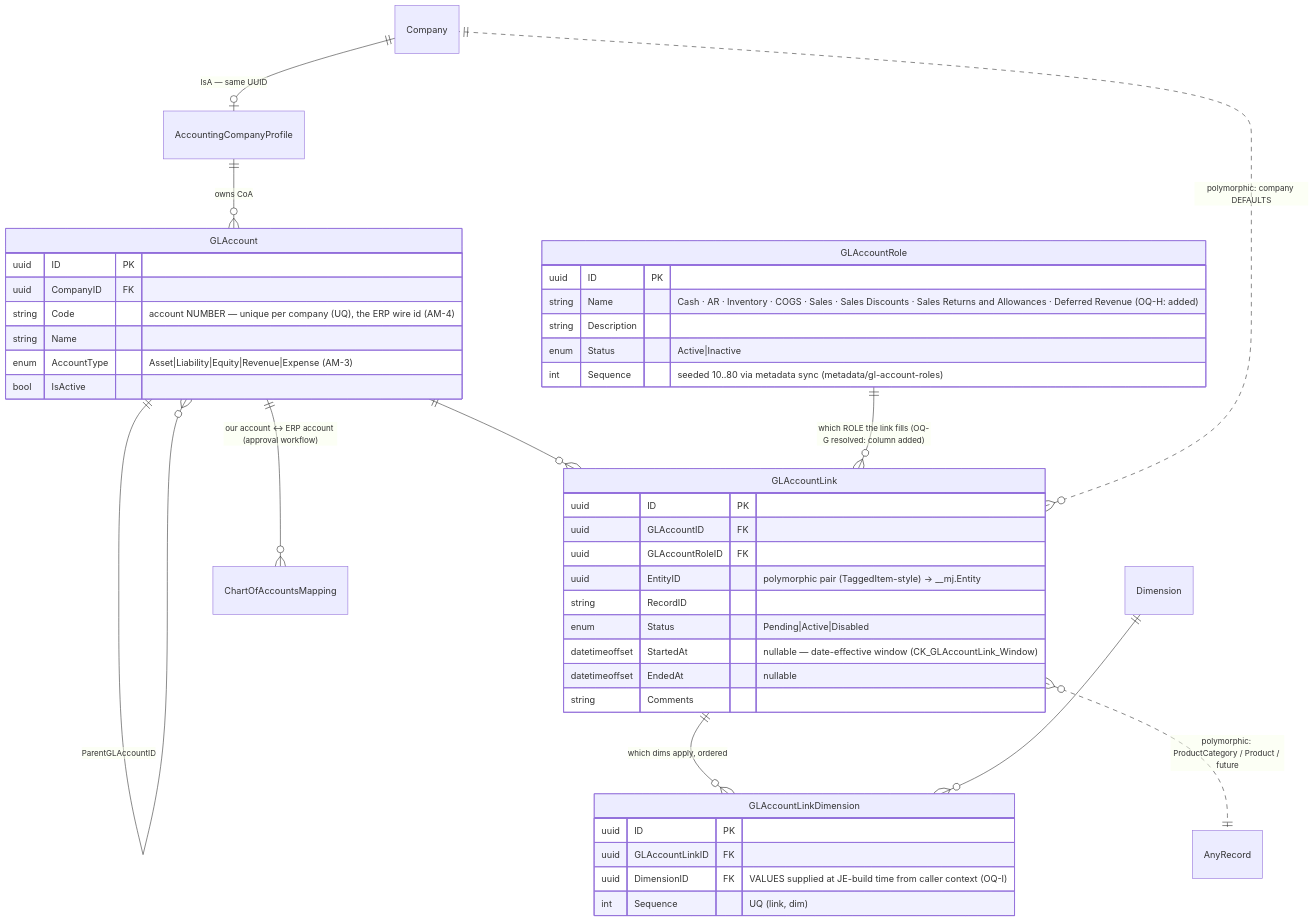
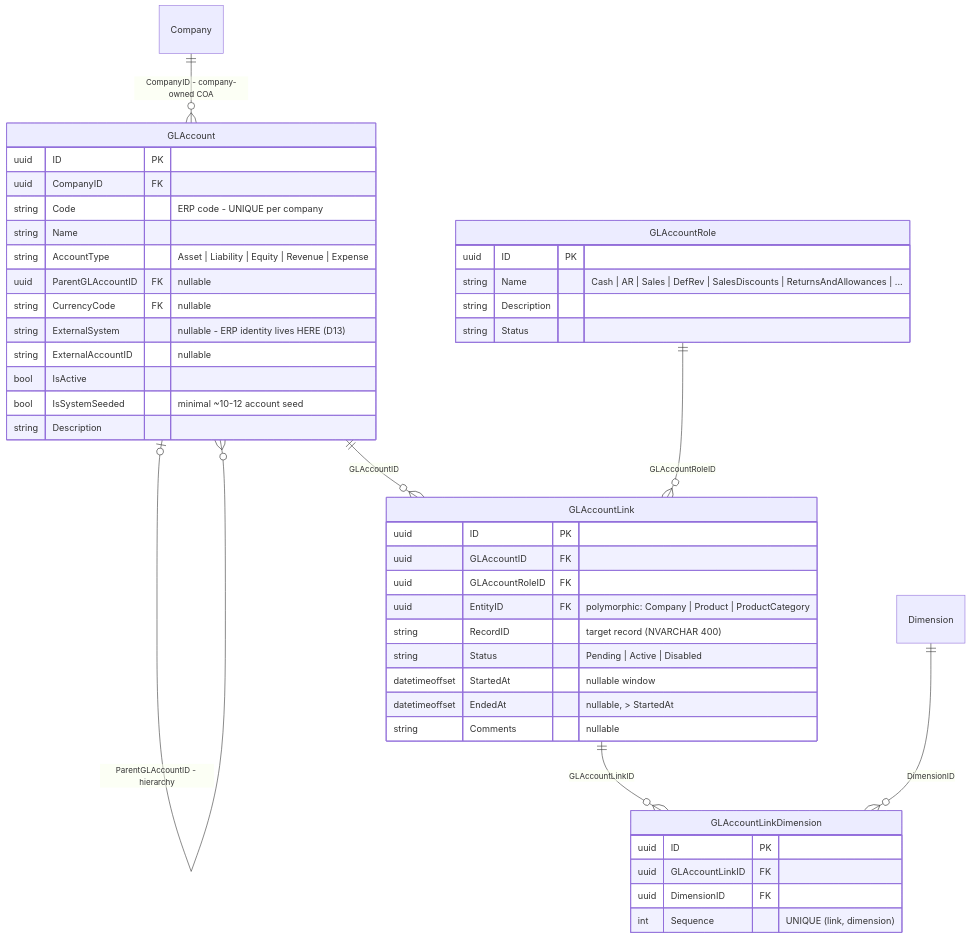
One commit to MemberJunction/bizapps-accounting changed the fourth of 11 diagrams in docs/bizapps-accounting-erd.md. Above: the diagram before and after it, drawn with Mermaid. The commit also changed other lines of this file and 79 other files, not shown here.

````diff
--- a/docs/bizapps-accounting-erd.md
+++ b/docs/bizapps-accounting-erd.md
@@ -21,38 +473,47 @@
 ```mermaid
 erDiagram
-    Company ||--o| AccountingCompanyProfile : "IsA — same UUID"
-    AccountingCompanyProfile ||--o{ GLAccount : "owns CoA"
-    GLAccount ||--o{ GLAccount : "ParentGLAccountID"
-    GLAccount ||--o{ GLAccountLink : ""
-    GLAccountRole ||--o{ GLAccountLink : "which ROLE the link fills (OQ-G resolved: column added)"
-    GLAccountLink ||--o{ GLAccountLinkDimension : "which dims apply, ordered"
-    Dimension ||--o{ GLAccountLinkDimension : ""
-    GLAccountLink }o..|| Company : "polymorphic: company DEFAULTS"
-    GLAccountLink }o..|| AnyRecord : "polymorphic: ProductCategory / Product / future"
-    GLAccount ||--o{ ChartOfAccountsMapping : "our account ↔ ERP account (approval workflow)"
+    Company ||--o{ GLAccount : "CompanyID - company-owned COA"
+    GLAccount |o--o{ GLAccount : "ParentGLAccountID - hierarchy"
+    GLAccount ||--o{ GLAccountLink : "GLAccountID"
+    GLAccountRole ||--o{ GLAccountLink : "GLAccountRoleID"
+    GLAccountLink ||--o{ GLAccountLinkDimension : "GLAccountLinkID"
+    Dimension ||--o{ GLAccountLinkDimension : "DimensionID"
 
-    GLAccount { uuid ID PK
-                uuid CompanyID FK
-                string Code "account NUMBER — unique per company (UQ), the ERP wire id (AM-4)"
-                string Name
-                enum AccountType "Asset|Liability|Equity|Revenue|Expense (AM-3)"
-                bool IsActive }
-    GLAccountRole { uuid ID PK
-                    string Name "Cash · AR · Inventory · COGS · Sales · Sales Discounts · Sales Returns and Allowances · Deferred Revenue (OQ-H: added)"
-                    string Description
-                    enum Status "Active|Inactive"
-                    int Sequence "seeded 10..80 via metadata sync (metadata/gl-account-roles)" }
-    GLAccountLink { uuid ID PK
-                    uuid GLAccountID FK
-                    uuid GLAccountRoleID FK
-                    uuid EntityID "polymorphic pair (TaggedItem-style) → __mj.Entity"
-                    string RecordID ""
-                    enum Status "Pending|Active|Disabled"
-                    datetimeoffset StartedAt "nullable — date-effective window (CK_GLAccountLink_Window)"
-                    datetimeoffset EndedAt "nullable"
-                    string Comments }
-    GLAccountLinkDimension { uuid ID PK
-                             uuid GLAccountLinkID FK
-                             uuid DimensionID FK "VALUES supplied at JE-build time from caller context (OQ-I)"
-                             int Sequence "UQ (link, dim)" }
+    GLAccount {
+        uuid ID PK
+        uuid CompanyID FK
+        string Code "ERP code - UNIQUE per company"
+        string Name
+        string AccountType "Asset | Liability | Equity | Revenue | Expense"
+        uuid ParentGLAccountID FK "nullable"
+        string CurrencyCode FK "nullable"
+        string ExternalSystem "nullable - ERP identity lives HERE (D13)"
+        string ExternalAccountID "nullable"
+        bool IsActive
+        bool IsSystemSeeded "minimal ~10-12 account seed"
+        string Description
+    }
+    GLAccountRole {
+        uuid ID PK
+        string Name "Cash | AR | Sales | DefRev | SalesDiscounts | ReturnsAndAllowances | ..."
+        string Description
+        string Status
+    }
+    GLAccountLink {
+        uuid ID PK
+        uuid GLAccountID FK
+        uuid GLAccountRoleID FK
+        uuid EntityID FK "polymorphic: Company | Product | ProductCategory"
+        string RecordID "target record (NVARCHAR 400)"
+        string Status "Pending | Active | Disabled"
+        datetimeoffset StartedAt "nullable window"
+        datetimeoffset EndedAt "nullable, > StartedAt"
+        string Comments "nullable"
+    }
+    GLAccountLinkDimension {
+        uuid ID PK
+        uuid GLAccountLinkID FK
+        uuid DimensionID FK
+        int Sequence "UNIQUE (link, dimension)"
+    }
 ```
````
